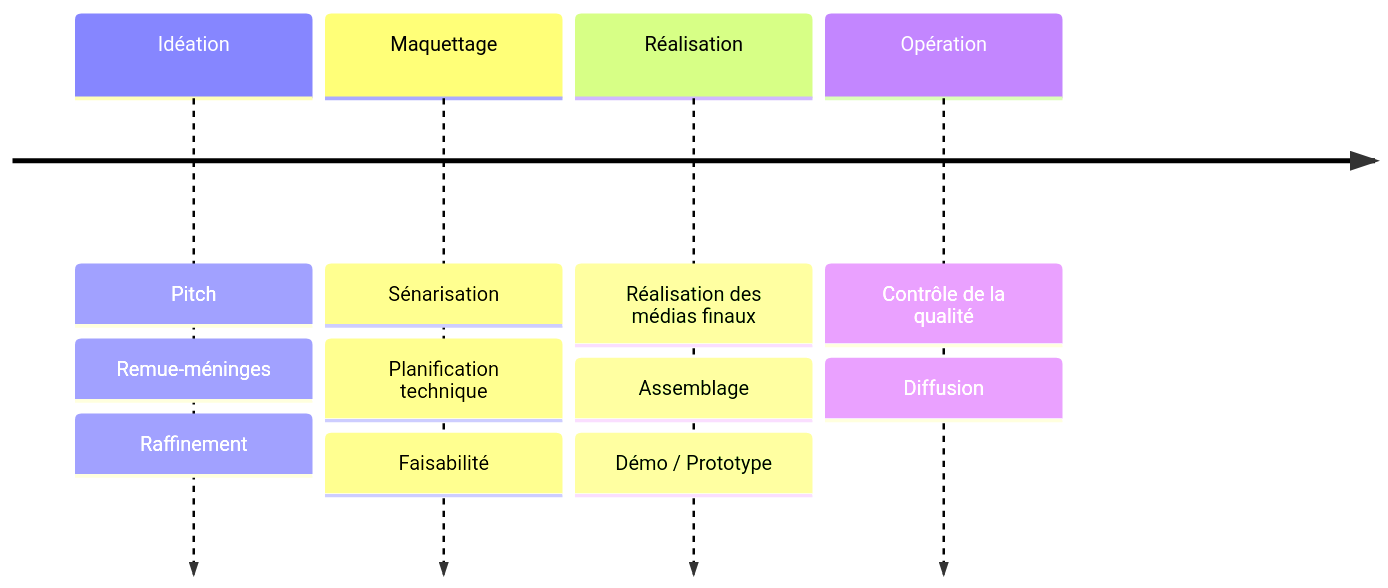
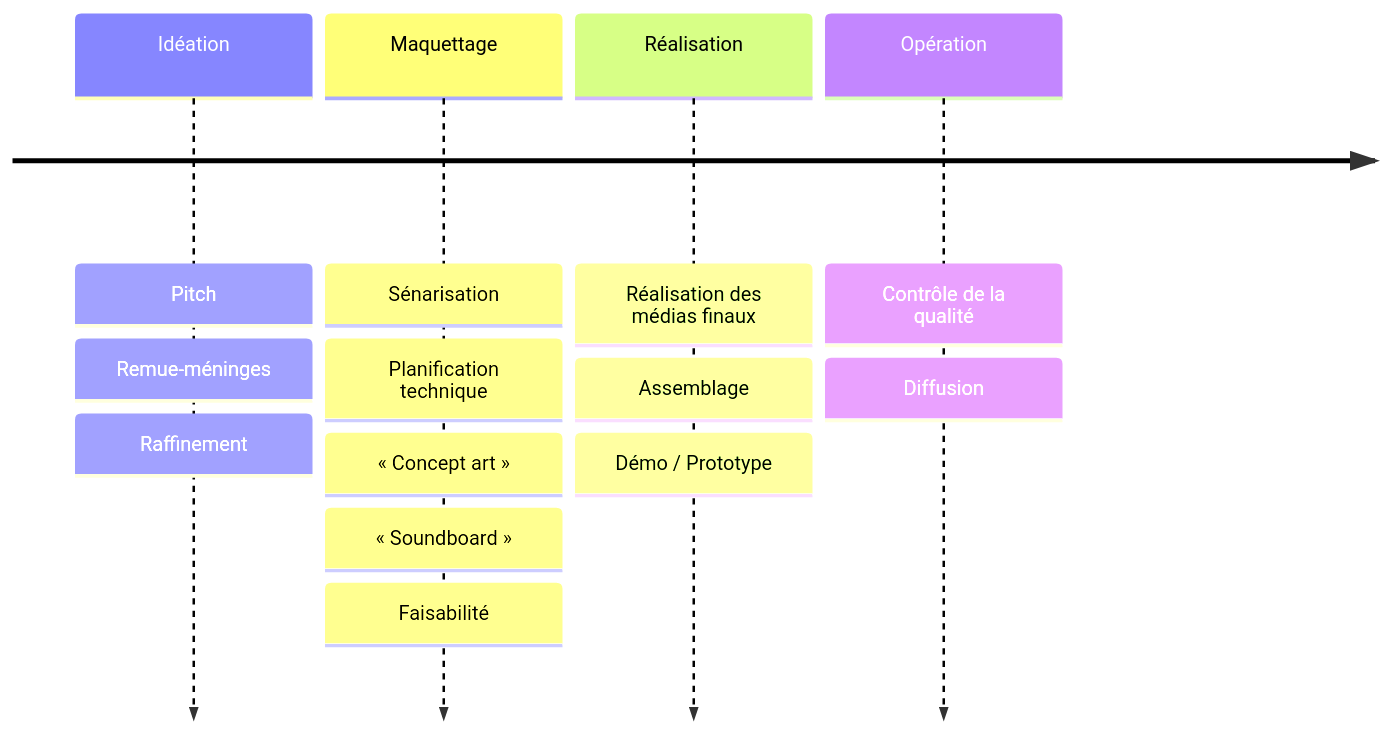
One commit to thomasfredericks/aide changed the diagram in docs/creation/production/README.md. Above: the diagram before and after it, drawn with Mermaid. The commit also changed 1 other file, not shown here.

````diff
--- a/docs/creation/production/README.md
+++ b/docs/creation/production/README.md
@@ -5,14 +5,16 @@
 ```mermaid
 timeline
     Idéation   : Pitch
                : Remue-méninges
                : Raffinement
     Maquettage : Sénarisation
                : Planification technique
-               : Faisabilité
+               : « Concept art »
+               : « Soundboard »
+               : Faisabilité 
     Réalisation   : Réalisation des médias finaux
                   : Assemblage
                   : Démo / Prototype
     Opération  : Contrôle de la qualité
                : Diffusion
 ```
````
